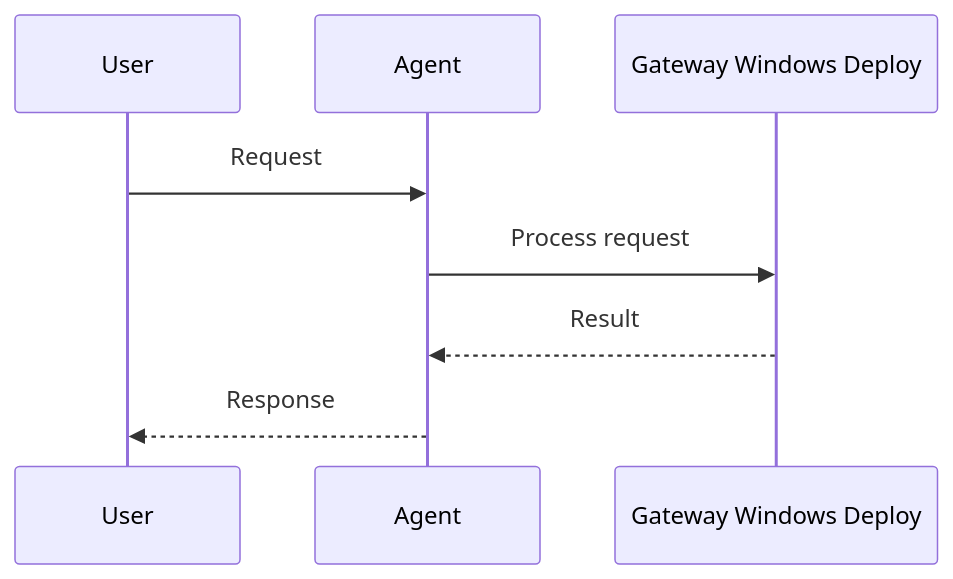
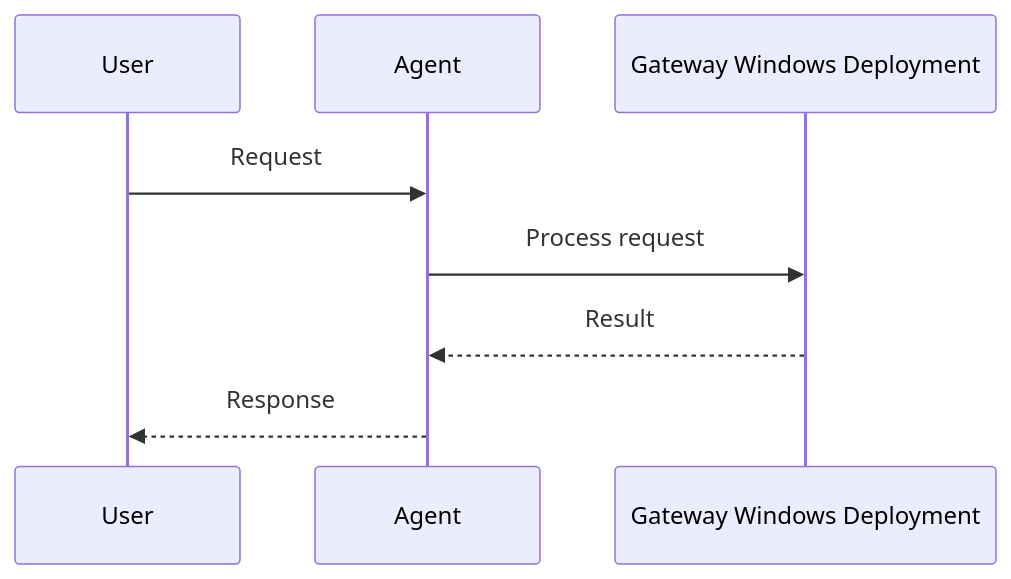
The second of 5 diagrams in docs/features/gateway-windows-deployment.mdx (MervinPraison/PraisonAIDocs), drawn with Mermaid before and after one commit. The commit also changed other lines of this file and 45 other files, not shown here.

First line of the commit message:
docs: fix truncated Mermaid diagram feature names (22-char cutoff)

````diff
--- a/docs/features/gateway-windows-deployment.mdx
+++ b/docs/features/gateway-windows-deployment.mdx
@@ -24,11 +24,11 @@
 ```mermaid
 sequenceDiagram
     participant User
     participant Agent
-    participant Feature as Gateway Windows Deploy
+    participant Feature as Gateway Windows Deployment
 
     User->>Agent: Request
     Agent->>Feature: Process request
     Feature-->>Agent: Result
     Agent-->>User: Response
 ```
````
